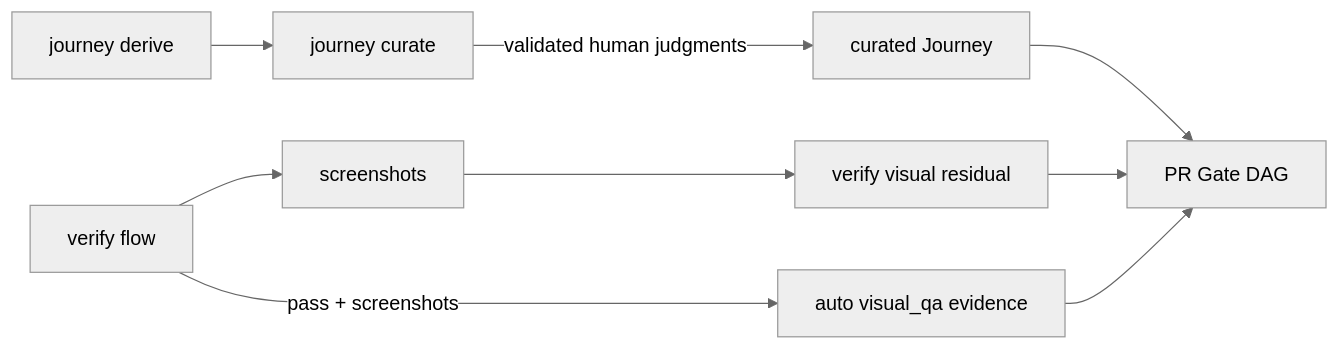
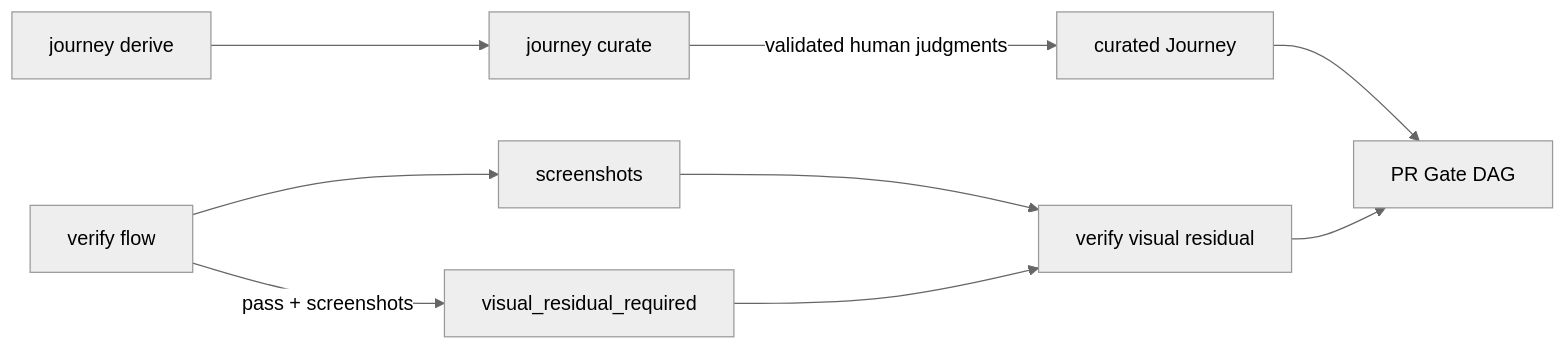
One commit to Unson-LLC/vibepro changed the diagram in docs/architecture/vibepro-ui-journey-e2e-producer-contracts.md. Above: the diagram before and after it, drawn with Mermaid (neutral theme). The commit also changed other lines of this file and 3 other files, not shown here.

Commit message:
fix: align visual gate design lineage

````diff
--- a/docs/architecture/vibepro-ui-journey-e2e-producer-contracts.md
+++ b/docs/architecture/vibepro-ui-journey-e2e-producer-contracts.md
@@ -22,11 +23,11 @@
 ```mermaid
 flowchart LR
   Derive["journey derive"] --> Curate["journey curate"]
   Curate -->|"validated human judgments"| Journey["curated Journey"]
   Flow["verify flow"] --> Screens["screenshots"]
   Screens --> Visual["verify visual residual"]
-  Flow -->|"pass + screenshots"| AutoEvidence["auto visual_qa evidence"]
+  Flow -->|"pass + screenshots"| VisualRequired["visual_residual_required"]
   Journey --> GateDag["PR Gate DAG"]
   Visual --> GateDag
-  AutoEvidence --> GateDag
+  VisualRequired --> Visual
 ```
````
